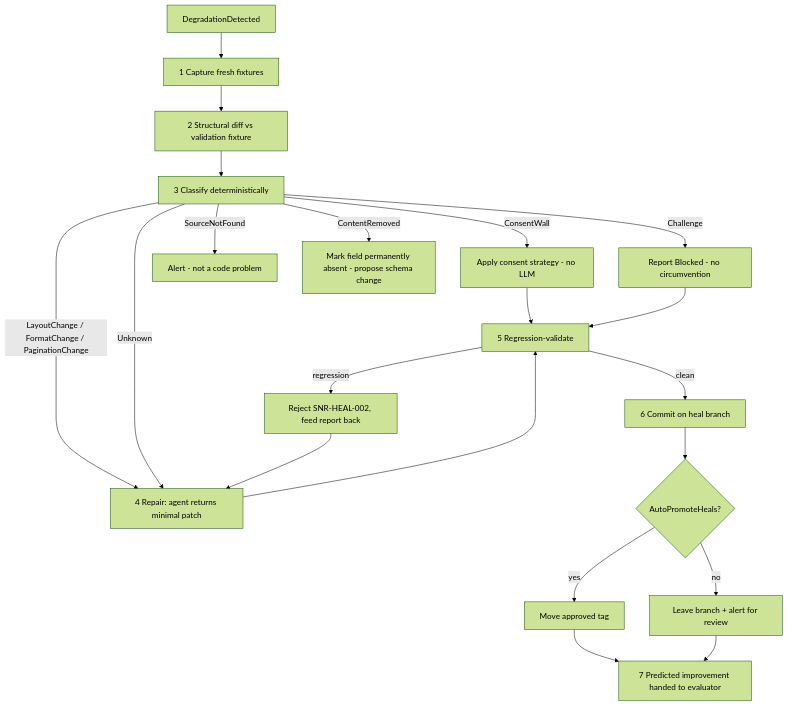
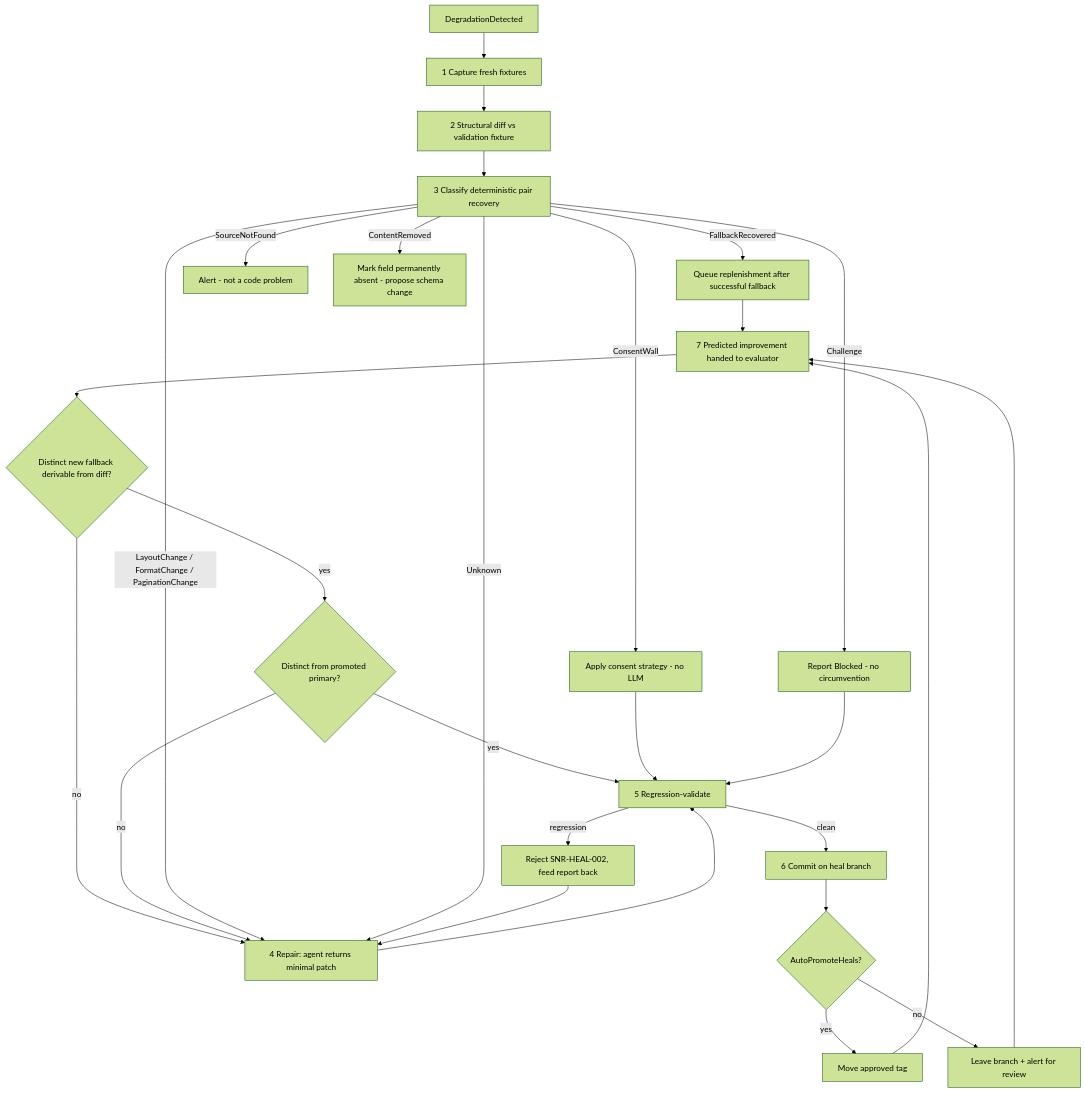
Before and after one commit to sommmen/Sanare: the diagram in docs/features/healing-workflow.md, drawn with Mermaid (forest theme). The commit also changed other lines of this file and 7 other files, not shown here.

First line of the commit message:
feat(extraction-plan): specify per-field primary and fallback selector pairs (#16)

````diff
--- a/docs/features/healing-workflow.md
+++ b/docs/features/healing-workflow.md
@@ -83,23 +83,30 @@
 ```mermaid
 flowchart TD
     A[DegradationDetected] --> B[1 Capture fresh fixtures]
     B --> C[2 Structural diff vs validation fixture]
-    C --> D[3 Classify deterministically]
+    C --> D[3 Classify deterministic pair recovery]
+    D -- FallbackRecovered --> R[Queue replenishment after successful fallback]
+    R --> P[Promote surviving fallback to primary]
+    P --> Q{Distinct new fallback derivable from diff?}
+    Q -- yes --> S{Distinct from promoted primary?}
+    Q -- no --> H[4 Repair: agent returns minimal patch]
+    S -- yes --> J[5 Regression-validate]
+    S -- no --> H
     D -- ConsentWall --> E[Apply consent strategy - no LLM]
     D -- Challenge --> F[Report Blocked - no circumvention]
     D -- SourceNotFound --> G[Alert - not a code problem]
     D -- LayoutChange / FormatChange / PaginationChange --> H[4 Repair: agent returns minimal patch]
     D -- ContentRemoved --> I[Mark field permanently absent - propose schema change]
     D -- Unknown --> H
     E --> J[5 Regression-validate]
     F --> J
     H --> J
     J -- regression --> K[Reject SNR-HEAL-002, feed report back]
     K --> H
     J -- clean --> L[6 Commit on heal branch]
     L --> M{AutoPromoteHeals?}
     M -- yes --> N[Move approved tag]
     M -- no --> O[Leave branch + alert for review]
     N --> P[7 Predicted improvement handed to evaluator]
     O --> P
 ```
````
